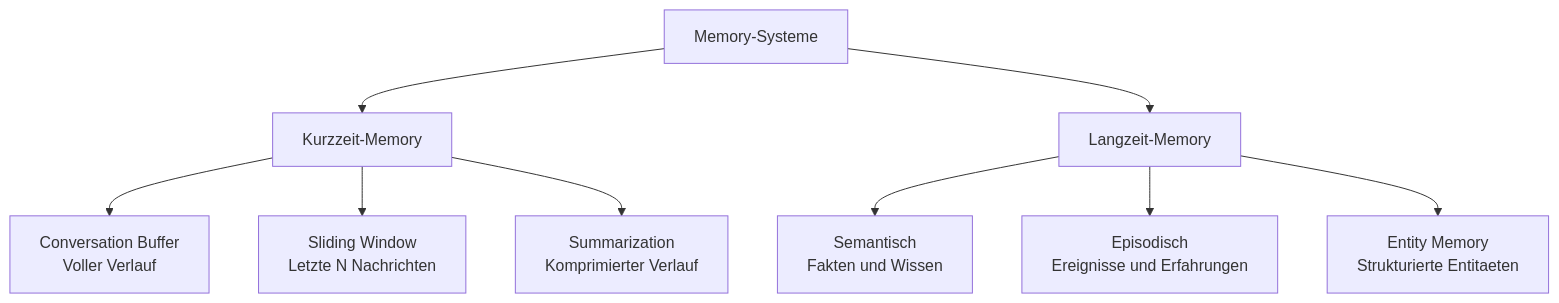
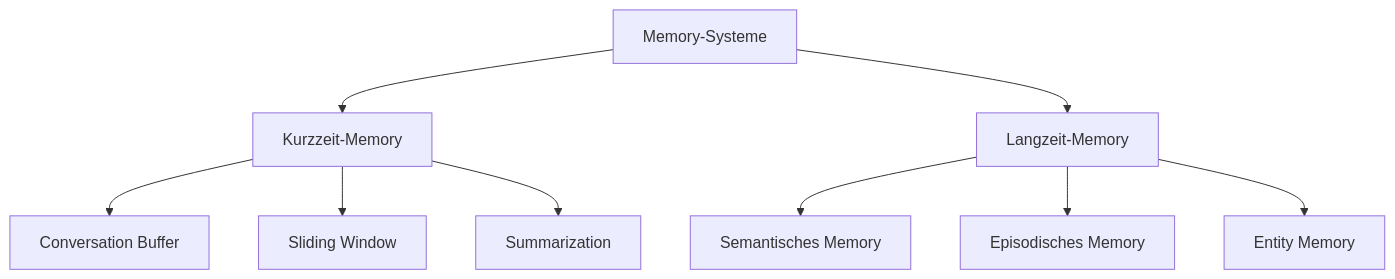
One commit to ralf-42/Agenten changed the first of 3 diagrams in docs/concepts/Memory_Systeme.md. Above: the diagram before and after it, drawn with Mermaid. The commit also changed other lines of this file and 15 other files, not shown here.

````diff
--- a/docs/concepts/Memory_Systeme.md
+++ b/docs/concepts/Memory_Systeme.md
@@ -42,13 +43,13 @@
 ```mermaid
 flowchart TB
     M[Memory-Systeme] --> K[Kurzzeit-Memory]
     M --> L[Langzeit-Memory]
 
-    K --> K1["Conversation Buffer<br/>Voller Verlauf"]
-    K --> K2["Sliding Window<br/>Letzte N Nachrichten"]
-    K --> K3["Summarization<br/>Komprimierter Verlauf"]
+    K --> K1["Conversation Buffer"]
+    K --> K2["Sliding Window"]
+    K --> K3["Summarization"]
 
-    L --> L1["Semantisch<br/>Fakten und Wissen"]
-    L --> L2["Episodisch<br/>Ereignisse und Erfahrungen"]
-    L --> L3["Entity Memory<br/>Strukturierte Entitaeten"]
+    L --> L1["Semantisches Memory"]
+    L --> L2["Episodisches Memory"]
+    L --> L3["Entity Memory"]
 ```
````
